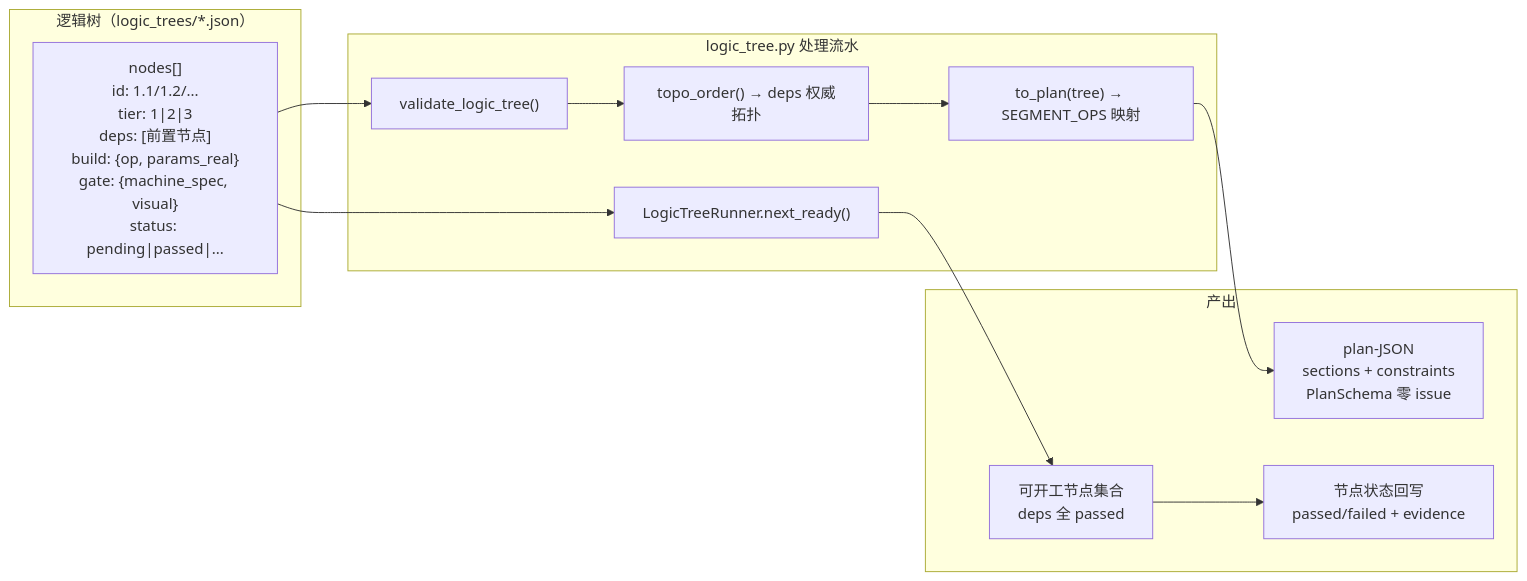
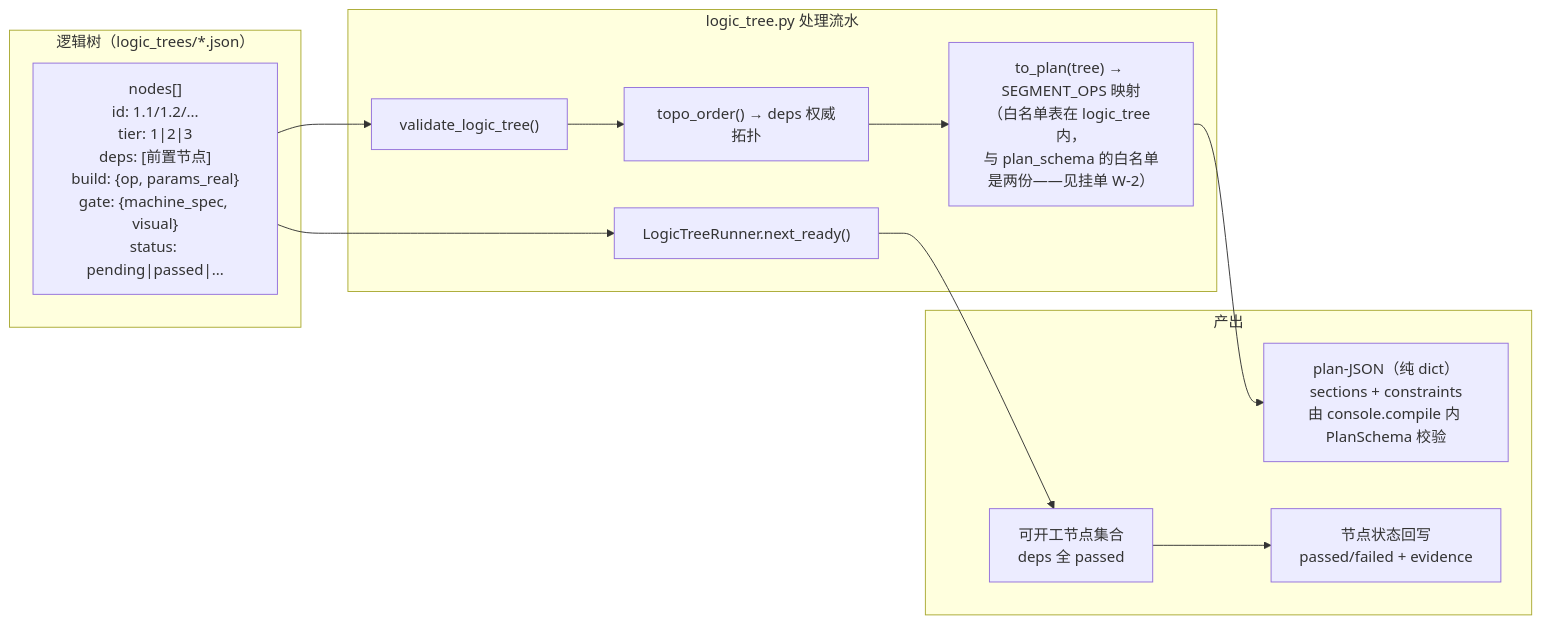
One commit to master666-max/blender-ai-console changed the fifth of 7 diagrams in docs/architecture/architecture_diagrams.md. Above: the diagram before and after it, drawn with Mermaid. The commit also changed other lines of this file and 1 other file, not shown here.

First line of the commit message:
docs: 架构图集 v2——AST 数据锚重制，验收六条全裁决（含 v1→v2 修正记录）

````diff
--- a/docs/architecture/architecture_diagrams.md
+++ b/docs/architecture/architecture_diagrams.md
@@ -252,27 +295,27 @@
 ```mermaid
 graph LR
     subgraph TREE["逻辑树（logic_trees/*.json）"]
         NODE["nodes[]<br/>id: 1.1/1.2/...<br/>tier: 1|2|3<br/>deps: [前置节点]<br/>build: {op, params_real}<br/>gate: {machine_spec, visual}<br/>status: pending|passed|..."]
     end
 
     subgraph FLOW["logic_tree.py 处理流水"]
         LT_VALIDATE["validate_logic_tree()"]
         LT_TOPO["topo_order() → deps 权威拓扑"]
-        LT_TOPLAN["to_plan(tree) → SEGMENT_OPS 映射"]
+        LT_TOPLAN["to_plan(tree) → SEGMENT_OPS 映射<br/>（白名单表在 logic_tree 内，<br/>与 plan_schema 的白名单是两份——见挂单 W-2）"]
         LT_RUNNER["LogicTreeRunner.next_ready()"]
     end
 
     subgraph OUT["产出"]
-        PLAN["plan-JSON<br/>sections + constraints<br/>PlanSchema 零 issue"]
+        PLAN["plan-JSON（纯 dict）<br/>sections + constraints<br/>由 console.compile 内 PlanSchema 校验"]
         READY["可开工节点集合<br/>deps 全 passed"]
         STATUS["节点状态回写<br/>passed/failed + evidence"]
     end
 
     NODE --> LT_VALIDATE
     LT_VALIDATE --> LT_TOPO
     LT_TOPO --> LT_TOPLAN
     LT_TOPLAN --> PLAN
     NODE --> LT_RUNNER
     LT_RUNNER --> READY
     READY --> STATUS
 ```
````
